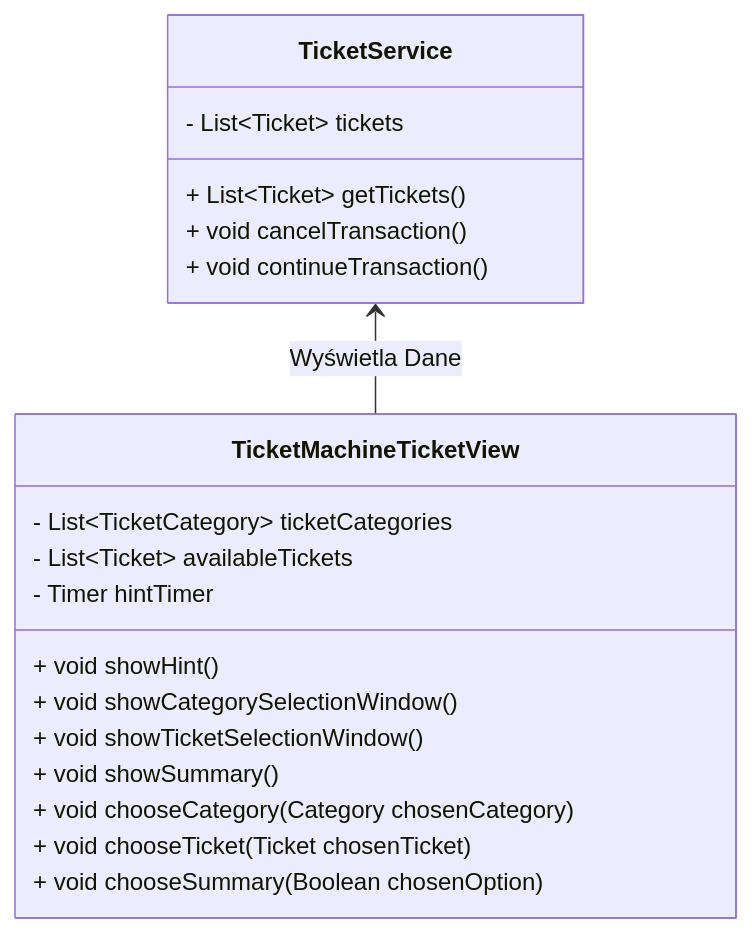
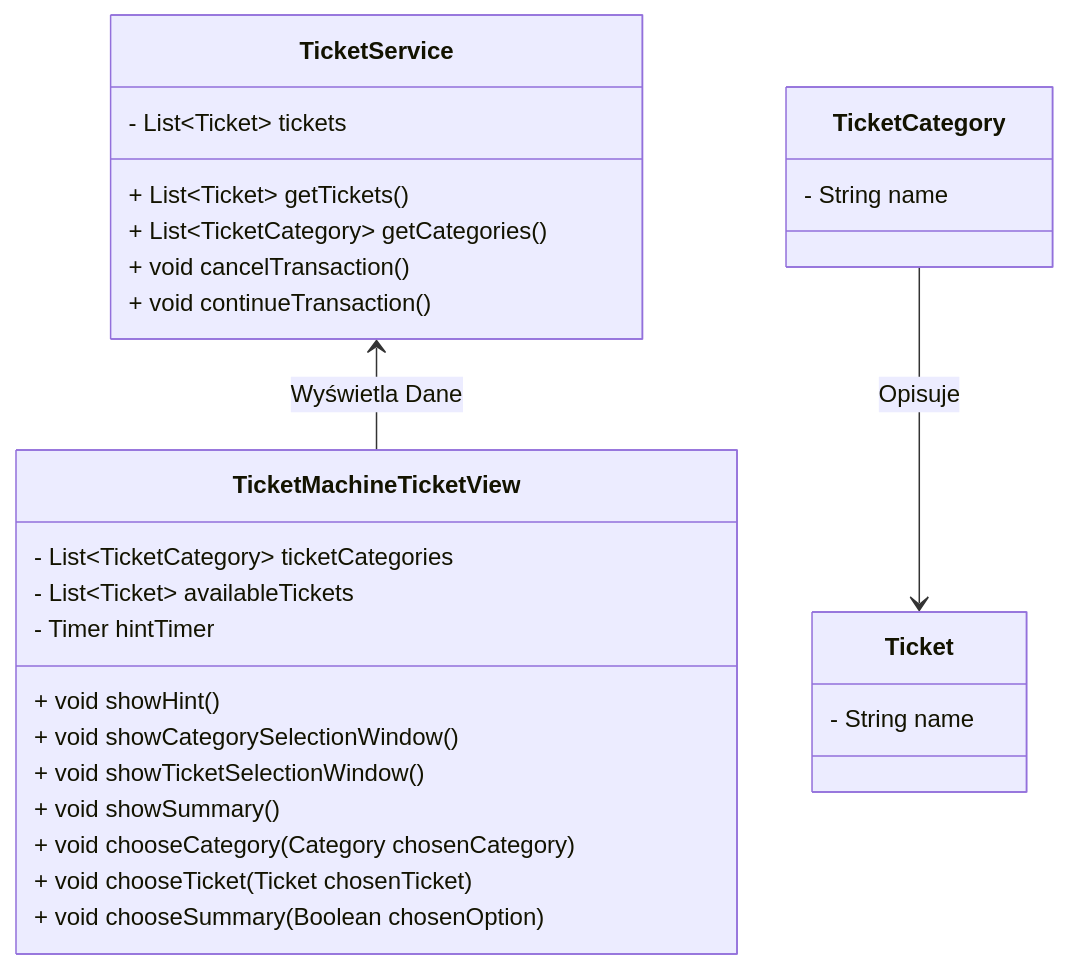
Before and after one commit to MarcinMarszewski/dowolna_nazwa: the tenth of 10 diagrams in userstories/user.md, drawn with Mermaid. The commit also changed other lines of this file, not shown here.

````diff
--- a/userstories/user.md
+++ b/userstories/user.md
@@ -534,26 +540,36 @@
 ```mermaid
 classDiagram
   class TicketMachineTicketView {
     - List&lt;TicketCategory> ticketCategories
     - List&lt;Ticket> availableTickets
     - Timer hintTimer
 
     + void showHint()
     + void showCategorySelectionWindow()
     + void showTicketSelectionWindow()
     + void showSummary()
 
     + void chooseCategory(Category chosenCategory)
     + void chooseTicket(Ticket chosenTicket)
     + void chooseSummary(Boolean chosenOption)
   }
 
   class TicketService {
     - List&lt;Ticket> tickets
     + List&lt;Ticket> getTickets()
+    + List&lt;TicketCategory> getCategories()
     + void cancelTransaction()
     + void continueTransaction()
   }
 
+  class Ticket {
+    - String name
+  }
+
+  class TicketCategory {
+    - String name
+  }
+
   TicketService <-- TicketMachineTicketView : Wyświetla Dane
+  TicketCategory --> Ticket : Opisuje
 ```
````
